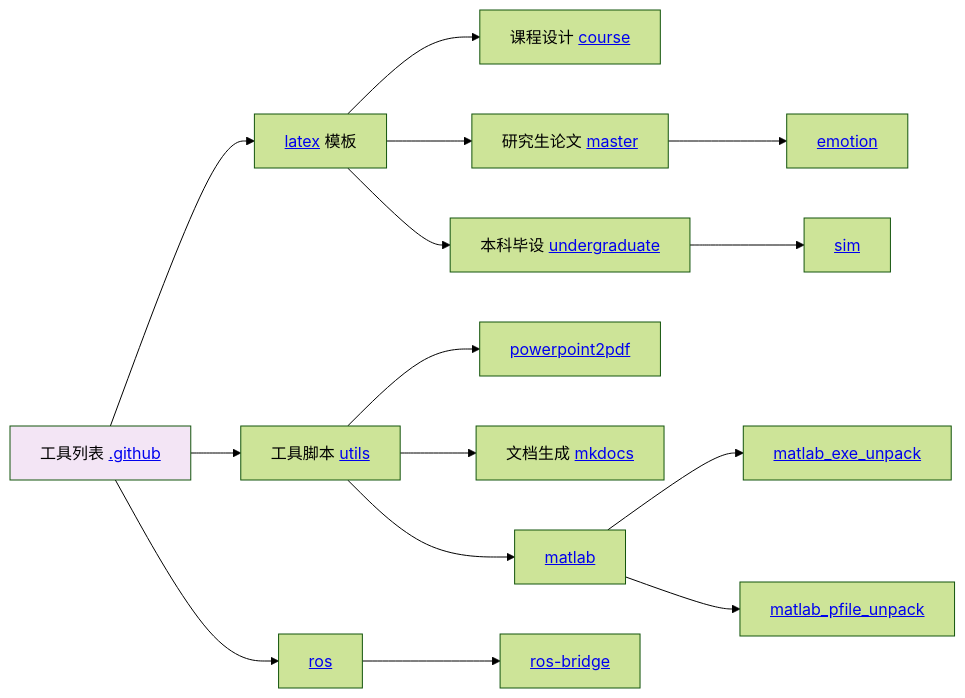
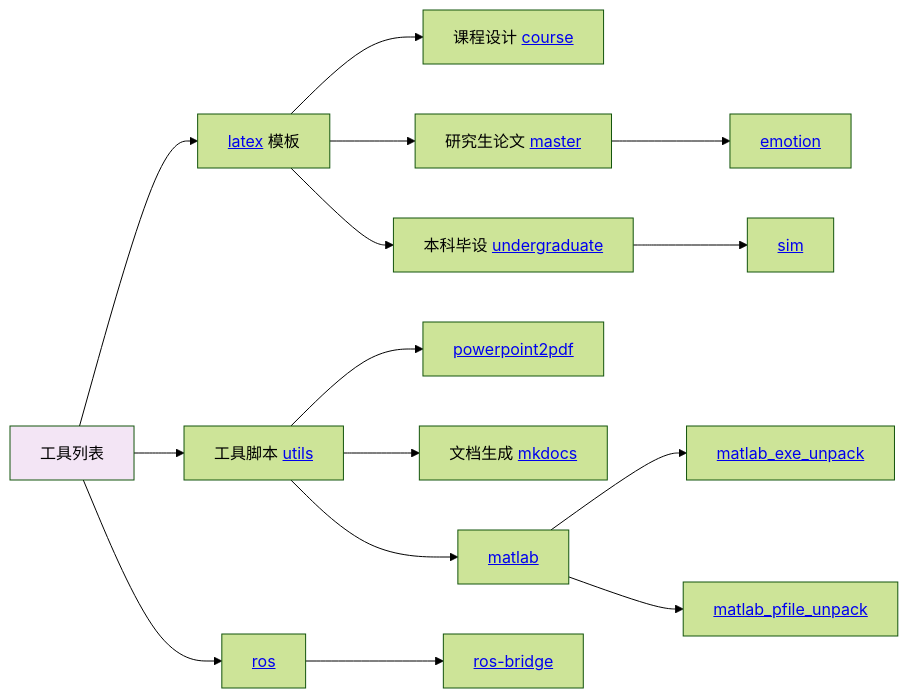
The third of 3 diagrams in README.md (OpenHUTB/.github), drawn with Mermaid (forest theme) before and after one commit. The commit also changed other lines of this file, not shown here.

````diff
--- a/README.md
+++ b/README.md
@@ -105,19 +104,19 @@
 ```mermaid
 graph LR
-    A[工具列表 <a href='https://github.com/OpenHUTB/chrono'>.github</a>] --> B[<a href='https://github.com/OpenHUTB/latex'>latex</a> 模板]
+    A[工具列表] --> B[<a href='https://github.com/OpenHUTB/latex'>latex</a> 模板]
     B --> C[课程设计 <a href='https://github.com/OpenHUTB/course'>course</a>]
     B --> D[研究生论文 <a href='https://github.com/OpenHUTB/master'>master</a>]
     B --> E[本科毕设 <a href='https://github.com/OpenHUTB/undergraduate'>undergraduate</a>]
     E --> M[<a href='https://github.com/OpenHUTB/powerpoint2pdf'>sim</a>]
     D --> N[<a href='https://github.com/OpenHUTB/emotion'>emotion</a>]
     G --> F[<a href='https://github.com/OpenHUTB/powerpoint2pdf'>powerpoint2pdf</a>]
     A --> G[工具脚本 <a href='https://github.com/OpenHUTB/utils'>utils</a>]
     G --> O[文档生成 <a href='https://github.com/OpenHUTB/mkdocs'>mkdocs</a>]
     G --> H[<a href='https://github.com/OpenHUTB/matlab'>matlab</a>]
     H --> I[<a href='https://github.com/OpenHUTB/matlab_exe_unpack'>matlab_exe_unpack</a>]
     H --> J[<a href='https://github.com/OpenHUTB/matlab_pfile_unpack'>matlab_pfile_unpack</a>]
     A --> K[<a href='https://github.com/OpenHUTB/ros'>ros</a>]
     K --> L[<a href='https://github.com/OpenHUTB/ros-bridge'>ros-bridge</a>]
 
     style A fill:#f3e5f5
 ```
````
